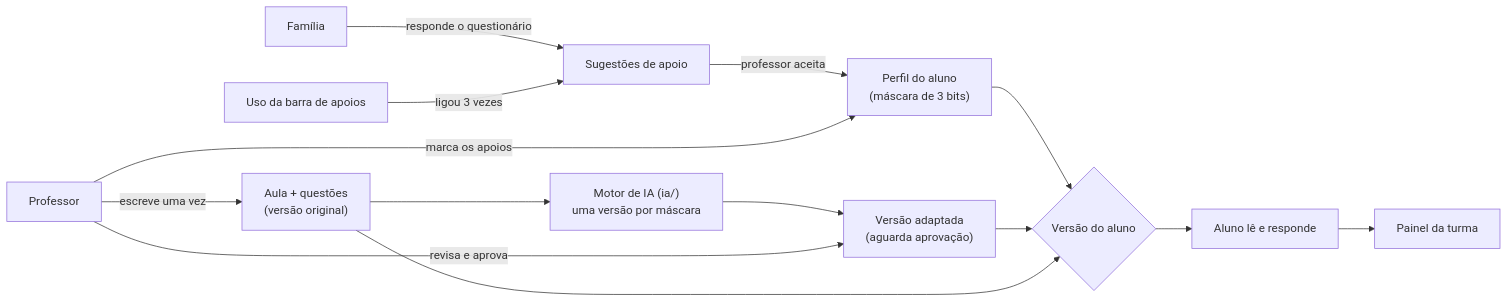
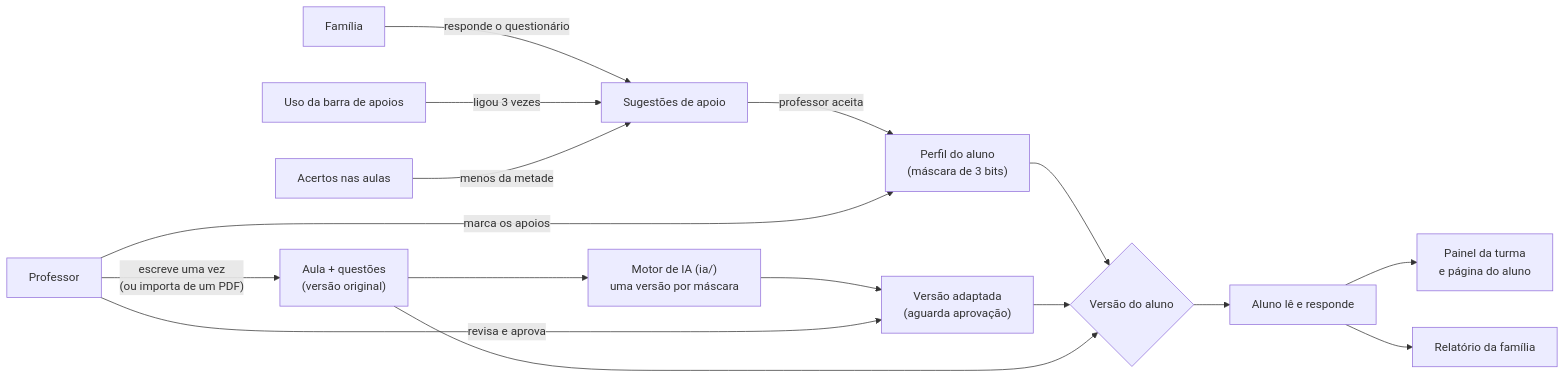
Before and after one commit to JPedroti/nextlearn: the first of 3 diagrams in docs/arquitetura.md, drawn with Mermaid. The commit also changed other lines of this file and 4 other files, not shown here.

````diff
--- a/docs/arquitetura.md
+++ b/docs/arquitetura.md
@@ -8,16 +9,18 @@
 ```mermaid
 flowchart LR
     Familia["Família"] -->|responde o questionário| Sug["Sugestões de apoio"]
     Uso["Uso da barra de apoios"] -->|"ligou 3 vezes"| Sug
+    Acertos["Acertos nas aulas"] -->|"menos da metade"| Sug
     Sug -->|"professor aceita"| Perfil["Perfil do aluno<br/>(máscara de 3 bits)"]
     Prof["Professor"] -->|marca os apoios| Perfil
-    Prof -->|escreve uma vez| Aula["Aula + questões<br/>(versão original)"]
+    Prof -->|"escreve uma vez<br/>(ou importa de um PDF)"| Aula["Aula + questões<br/>(versão original)"]
     Aula --> IA["Motor de IA (ia/)<br/>uma versão por máscara"]
     IA --> Versao["Versão adaptada<br/>(aguarda aprovação)"]
     Prof -->|revisa e aprova| Versao
     Perfil --> Escolha{"Versão do aluno"}
     Versao --> Escolha
     Aula --> Escolha
     Escolha --> Aluno["Aluno lê e responde"]
-    Aluno --> Painel["Painel da turma"]
+    Aluno --> Painel["Painel da turma<br/>e página do aluno"]
+    Aluno --> Relatorio["Relatório da família"]
 ```
````
